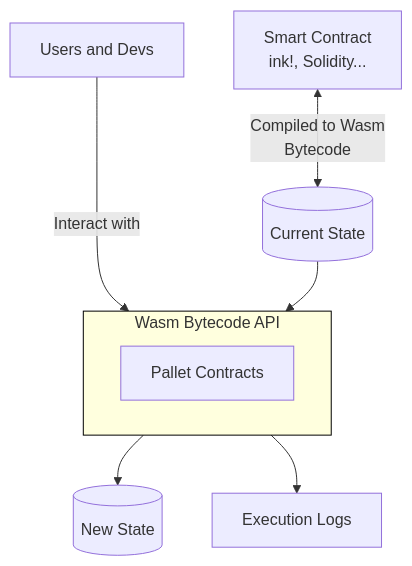
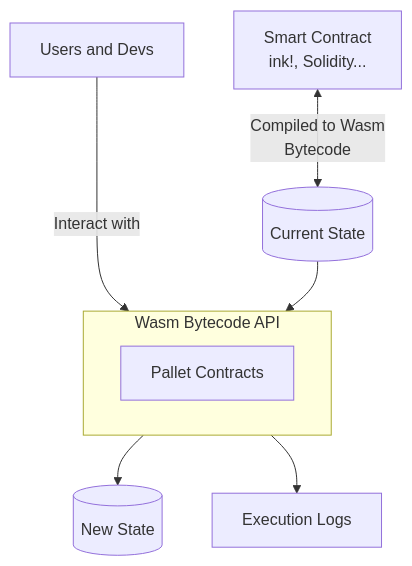
The fourth of 4 diagrams in polkadot-protocol/smart-contract-basics/overview.md (polkadot-developers/polkadot-docs), drawn with Mermaid before and after one commit. The commit also changed other lines of this file, not shown here.

Commit message:
remove hardcoded mermaid styles

````diff
--- a/polkadot-protocol/smart-contract-basics/overview.md
+++ b/polkadot-protocol/smart-contract-basics/overview.md
@@ -130,19 +126,17 @@
 ``` mermaid
 flowchart TD
     
     subgraph A[Wasm Bytecode API]
         C[Pallet Contracts]
     end
 
     B[Users and Devs] -- Interact with ---> A
     
     D[(Current State)]
 
     E[Smart Contract<br/>ink!, Solidity...] <-->|Compiled to Wasm<br/>Bytecode| D
 
     D --> A
     A --> F[(New State)]
     A --> G[Execution Logs]
-
-    style A stroke:#000000,stroke-width:1px
 ```
````
